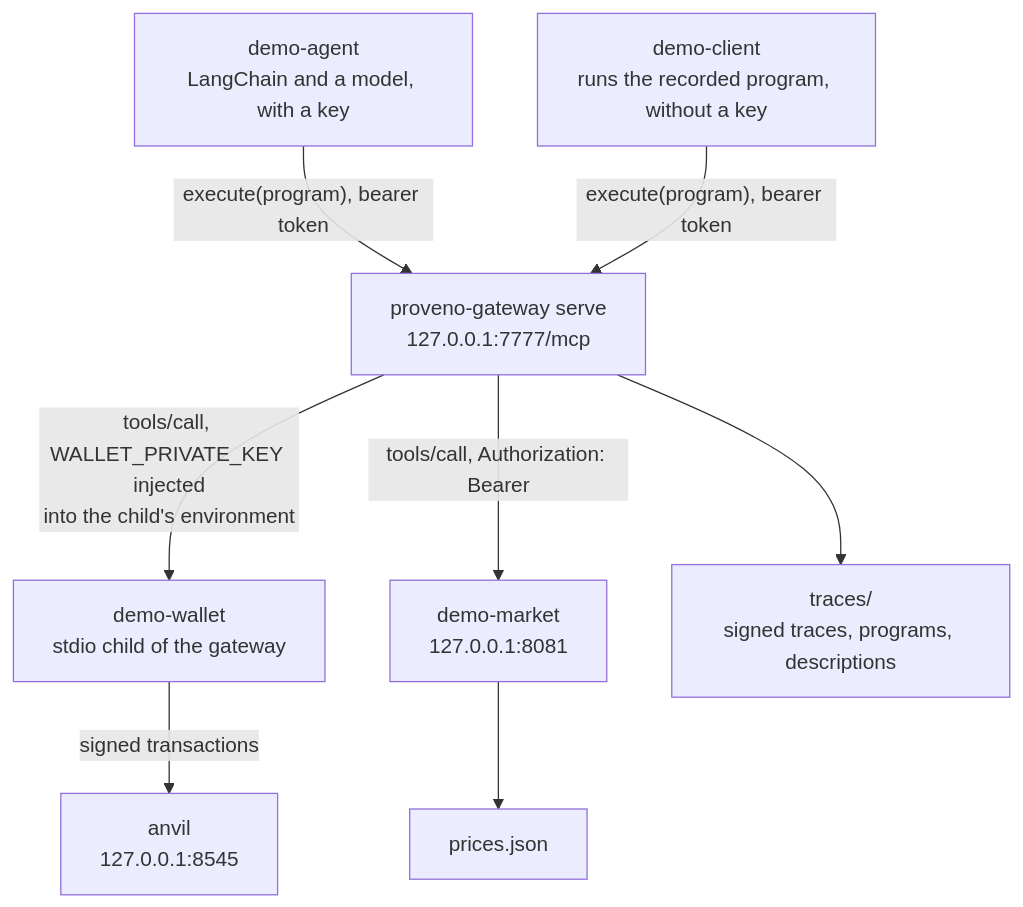
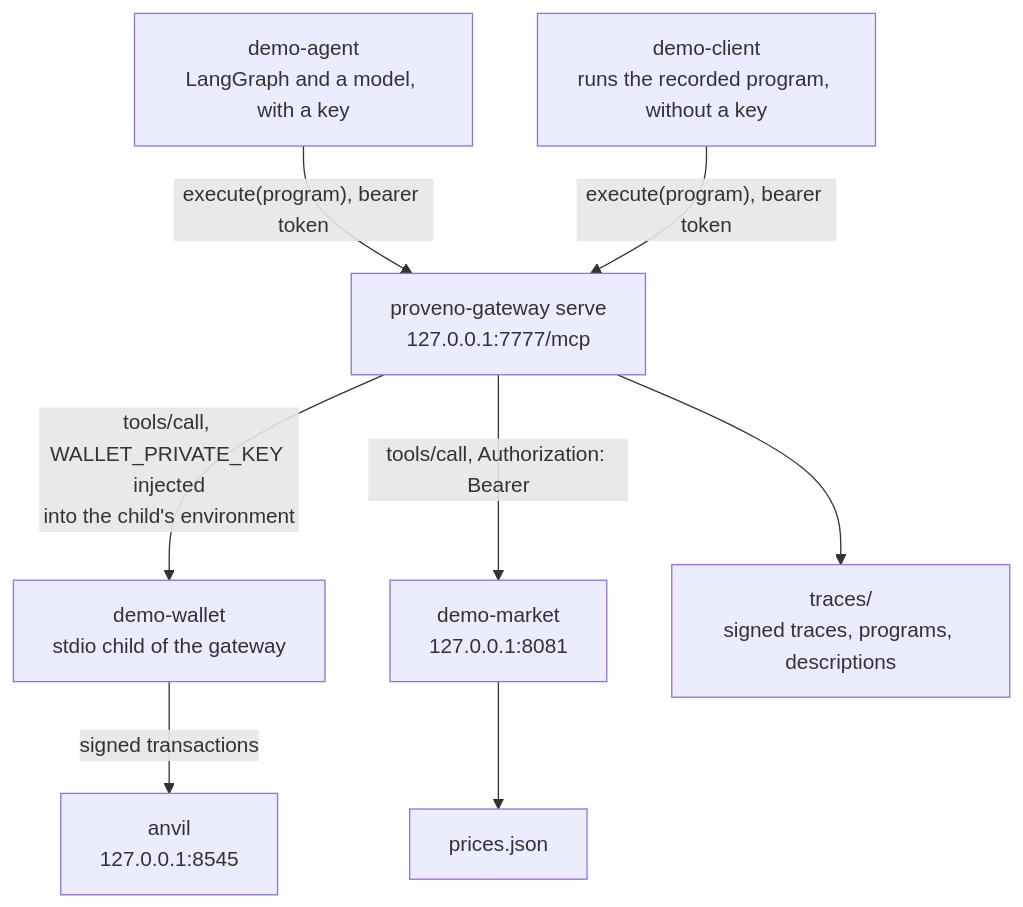
The first of 2 diagrams in demo/README.md (inertialabsxyz/proveno-gateway), drawn with Mermaid before and after one commit. The commit also changed other lines of this file and 1 other file, not shown here.

Commit message:
docs(demo): describe the langgraph agent and its printed message flow

````diff
--- a/demo/README.md
+++ b/demo/README.md
@@ -17,19 +17,19 @@
 ```mermaid
 flowchart TB
-    D["demo-agent<br/>LangChain and a model, with a key"]
+    D["demo-agent<br/>LangGraph and a model, with a key"]
     C["demo-client<br/>runs the recorded program, without a key"]
     G["proveno-gateway serve<br/>127.0.0.1:7777/mcp"]
     W["demo-wallet<br/>stdio child of the gateway"]
     M["demo-market<br/>127.0.0.1:8081"]
     A["anvil<br/>127.0.0.1:8545"]
     F["prices.json"]
     S["traces/<br/>signed traces, programs, descriptions"]
 
     D -->|"execute(program), bearer token"| G
     C -->|"execute(program), bearer token"| G
     G -->|"tools/call, WALLET_PRIVATE_KEY injected<br/>into the child's environment"| W
     G -->|"tools/call, Authorization: Bearer"| M
     G --> S
     W -->|"signed transactions"| A
     M --> F
 ```
````
